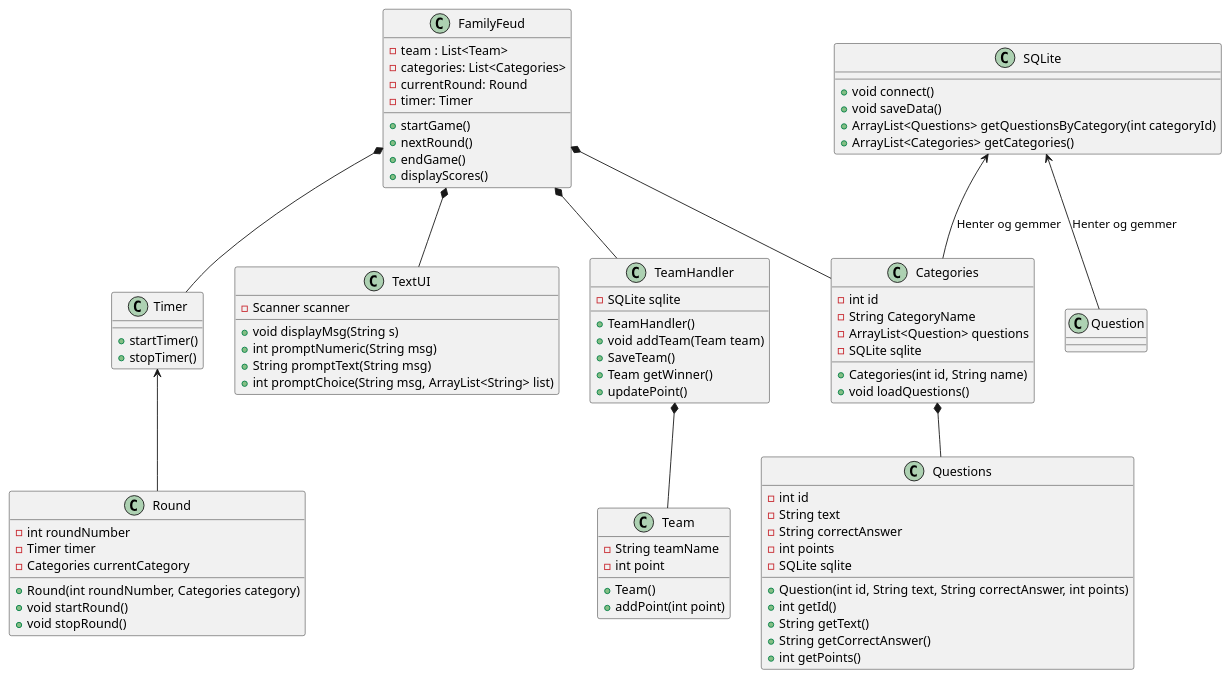
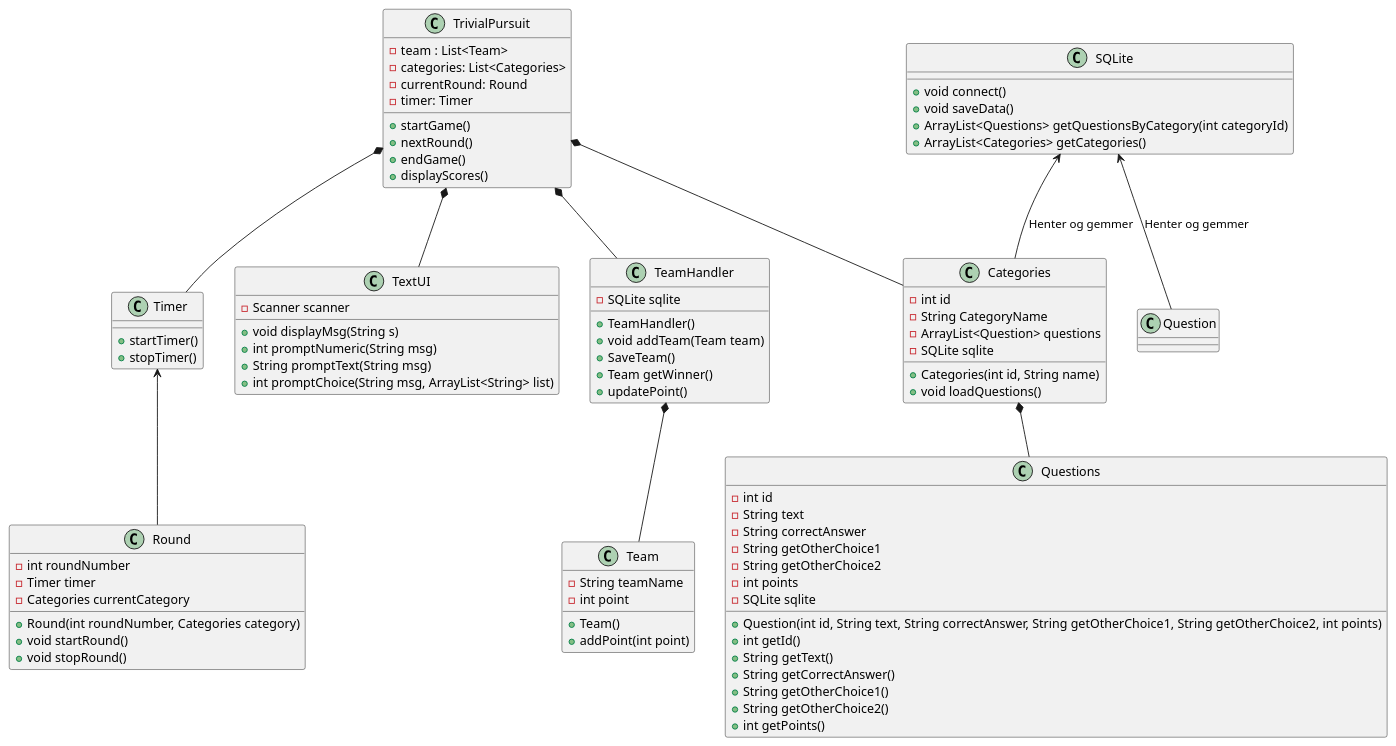
Before and after one commit to suzi558/ICE-project: the diagram in UML/UML V1.puml, drawn with PlantUML.

Commit message:
ændring i cate

```diff
--- a/UML/UML V1.puml
+++ b/UML/UML V1.puml
@@ -1,83 +1,86 @@
 @startuml
-Class FamilyFeud{
+Class TrivialPursuit{
 -team : List<Team>
 -categories: List<Categories>
 -currentRound: Round
 - timer: Timer
 + startGame()
 + nextRound()
 + endGame()
 + displayScores()
 }
 Class Categories{
 -int id
 -String CategoryName
 -ArrayList<Question> questions
 -SQLite sqlite
 +Categories(int id, String name)
 + void loadQuestions()
 }
 Class Team{
 - String teamName
 -int point
 +Team()
 +addPoint(int point)
 
 }
 Class TeamHandler{
 -SQLite sqlite
 +TeamHandler()
 +void addTeam(Team team)
 +SaveTeam()
 +Team getWinner()
 +updatePoint()
 }
 Class Timer{
 +startTimer()
 +stopTimer()
 }
 Class Questions{
 -int id
 -String text
 -String correctAnswer
+-String getOtherChoice1
+-String getOtherChoice2
 -int points
 -SQLite sqlite
-+Question(int id, String text, String correctAnswer, int points)
++Question(int id, String text, String correctAnswer, String getOtherChoice1, String getOtherChoice2, int points)
 +int getId()
 +String getText()
 +String getCorrectAnswer()
++String getOtherChoice1()
++String getOtherChoice2()
 +int getPoints()
 }
 Class SQLite{
 +void connect()
 +void saveData()
 +ArrayList<Questions> getQuestionsByCategory(int categoryId)
 +ArrayList<Categories> getCategories()
 }
 Class TextUI{
 - Scanner scanner
 + void displayMsg(String s)
 + int promptNumeric(String msg)
 + String promptText(String msg)
 + int promptChoice(String msg, ArrayList<String> list)
 }
 Class Round{
  -int roundNumber
   -Timer timer
   -Categories currentCategory
   +Round(int roundNumber, Categories category)
   +void startRound()
   +void stopRound()
 }
-FamilyFeud *-- Categories
-FamilyFeud *-- TeamHandler
-FamilyFeud *-- Timer
-FamilyFeud *-- TextUI
+TrivialPursuit *-- Categories
+TrivialPursuit *-- TeamHandler
+TrivialPursuit *-- Timer
+TrivialPursuit *-- TextUI
 
 Categories *-- Questions
 TeamHandler *-- Team
 SQLite <-- Categories : "Henter og gemmer"
 SQLite <-- Question : "Henter og gemmer"
 Timer <-- Round
-
 @enduml
```
